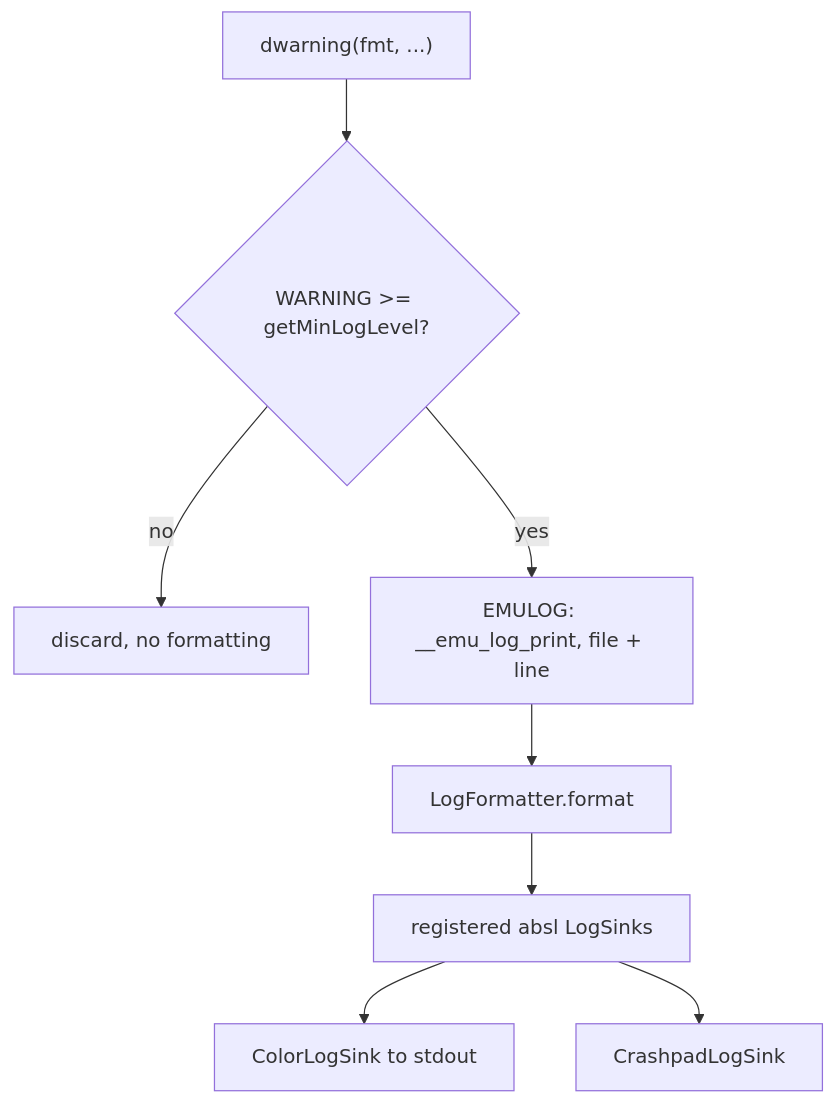
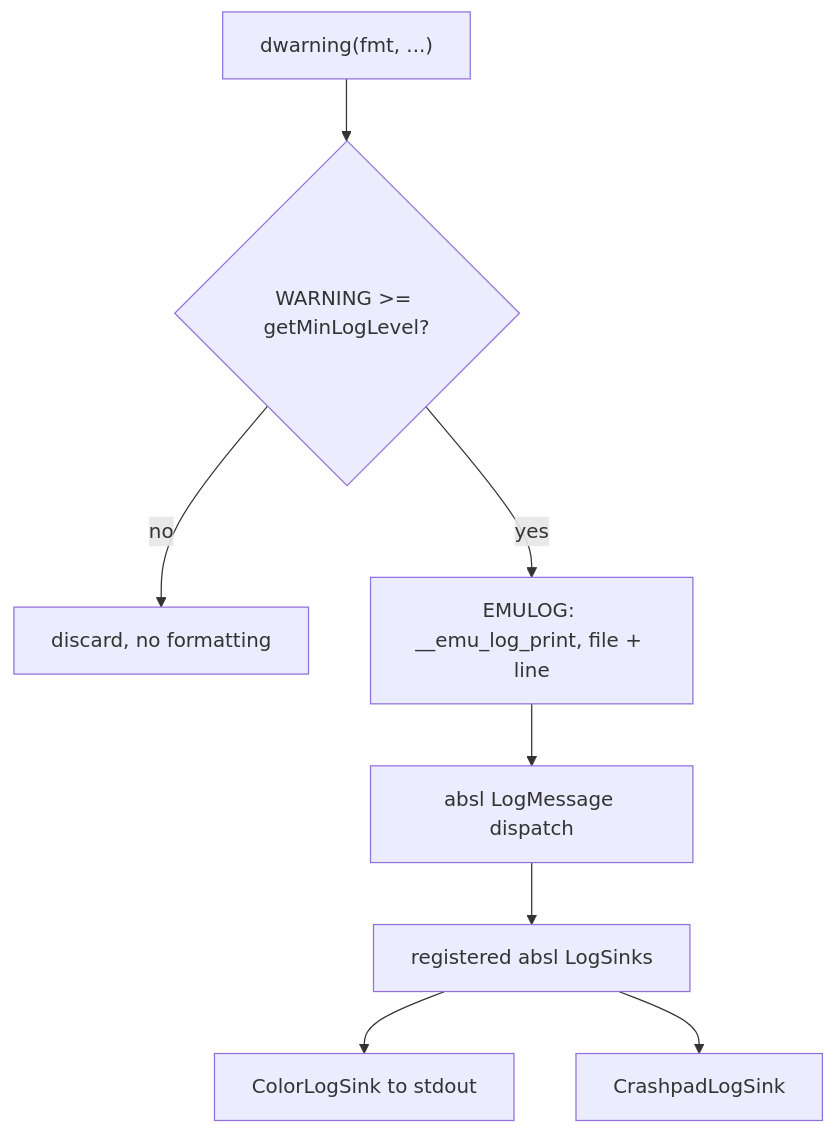
Before and after one commit to aospbooks/android-emulator-internal-book: the first of 7 diagrams in 28-debugging-tracing.md, drawn with Mermaid. The commit also changed other lines of this file and 31 other files, not shown here.

````diff
--- a/28-debugging-tracing.md
+++ b/28-debugging-tracing.md
@@ -76,10 +76,10 @@
 ```mermaid
 flowchart TD
     CALL["dwarning(fmt, ...)"] --> CMP{"WARNING >= getMinLogLevel?"}
     CMP -->|no| DROP["discard, no formatting"]
     CMP -->|yes| EMULOG["EMULOG: __emu_log_print, file + line"]
-    EMULOG --> FMT["LogFormatter.format"]
-    FMT --> SINKS["registered absl LogSinks"]
+    EMULOG --> ABSL["absl LogMessage dispatch"]
+    ABSL --> SINKS["registered absl LogSinks"]
     SINKS --> STDOUT["ColorLogSink to stdout"]
     SINKS --> CRASH["CrashpadLogSink"]
 ```
````
